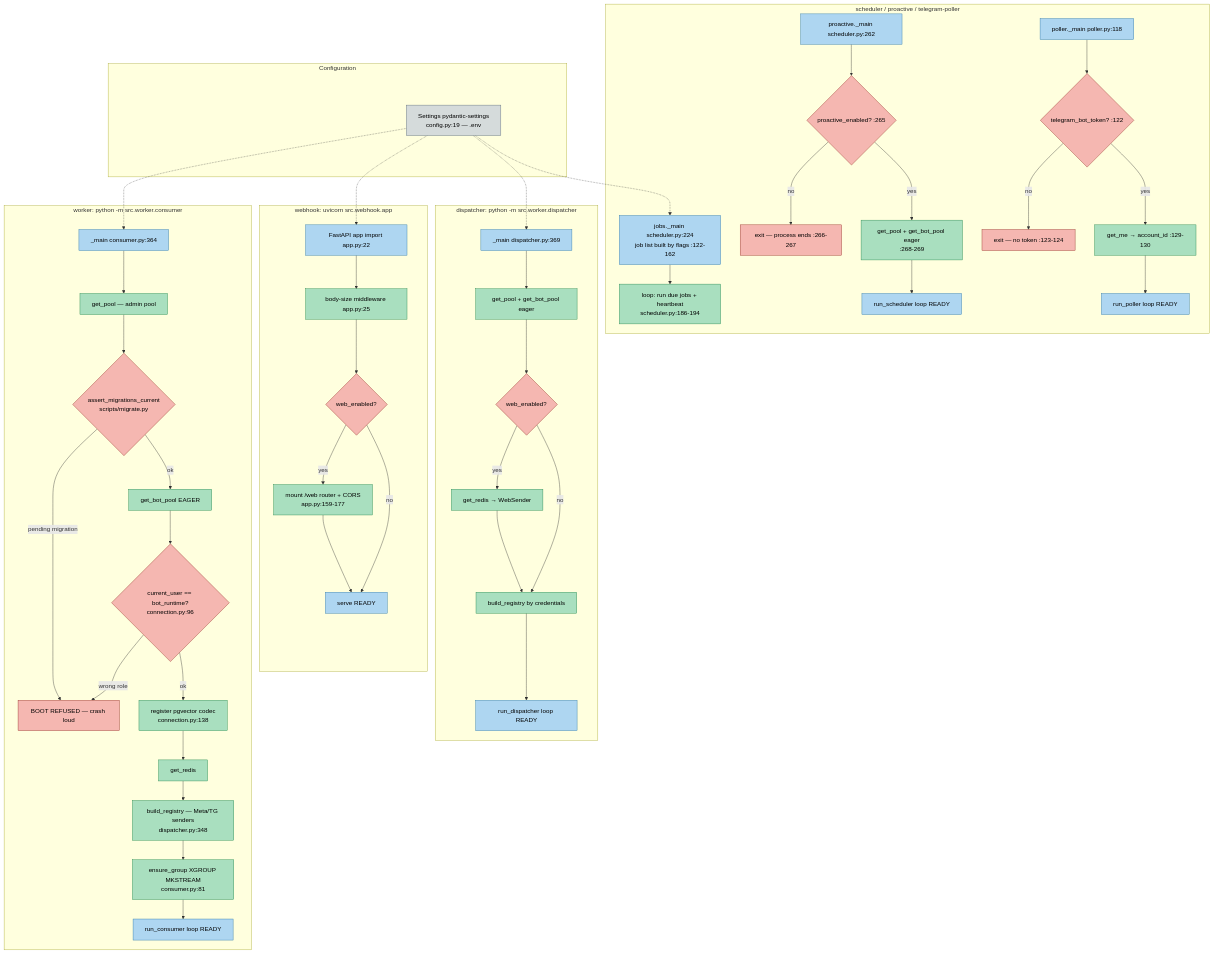
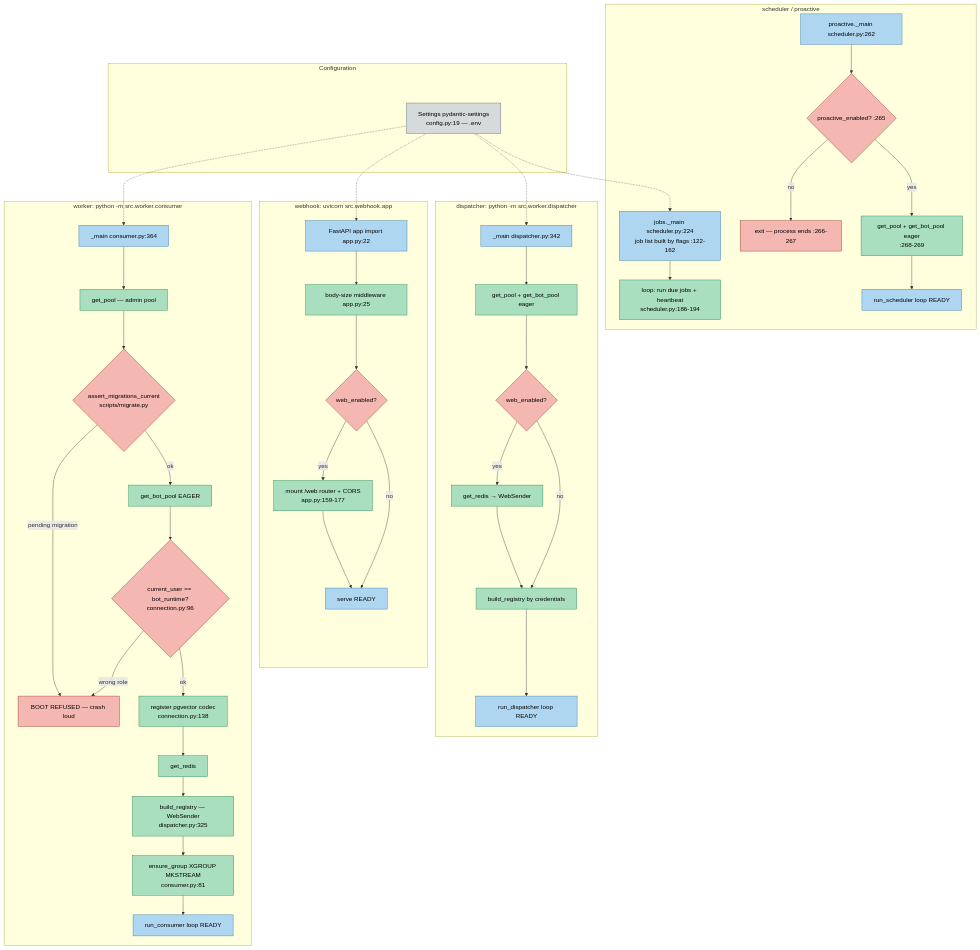
Before and after one commit to AdiBoaru/Sales-Ass: the second of 19 diagrams in docs/ARCHITECTURE-WORKFLOWS.md, drawn with Mermaid. The commit also changed other lines of this file and 133 other files, not shown here.

First line of the commit message:
NX-289: WhatsApp si Telegram ies din proiect (cod + schema) (#362)

````diff
--- a/docs/ARCHITECTURE-WORKFLOWS.md
+++ b/docs/ARCHITECTURE-WORKFLOWS.md
@@ -197,81 +180,73 @@
 ```mermaid
 flowchart TD
   classDef proc fill:#aed6f1,stroke:#2874a6,color:#000
   classDef step fill:#a9dfbf,stroke:#1e8449,color:#000
   classDef gate fill:#f5b7b1,stroke:#922b21,color:#000
   classDef db fill:#d5dbdb,stroke:#566573,color:#000
 
   subgraph WorkerBoot["worker: python -m src.worker.consumer"]
     W0["_main consumer.py:364"]:::proc
     W1["get_pool — admin pool"]:::step
     W2{"assert_migrations_current<br/>scripts/migrate.py"}:::gate
     W3["get_bot_pool EAGER"]:::step
     W4{"current_user == bot_runtime?<br/>connection.py:96"}:::gate
     W5["register pgvector codec<br/>connection.py:138"]:::step
     W6["get_redis"]:::step
-    W7["build_registry — Meta/TG senders<br/>dispatcher.py:348"]:::step
+    W7["build_registry — WebSender<br/>dispatcher.py:325"]:::step
     W8["ensure_group XGROUP MKSTREAM<br/>consumer.py:81"]:::step
     W9["run_consumer loop READY"]:::proc
     WFAIL["BOOT REFUSED — crash loud"]:::gate
   end
 
   subgraph WebhookBoot["webhook: uvicorn src.webhook.app"]
     A0["FastAPI app import app.py:22"]:::proc
     A1["body-size middleware app.py:25"]:::step
     A2{"web_enabled?"}:::gate
     A3["mount /web router + CORS<br/>app.py:159-177"]:::step
     A4["serve READY"]:::proc
   end
 
   subgraph DispatcherBoot["dispatcher: python -m src.worker.dispatcher"]
-    D0["_main dispatcher.py:369"]:::proc
+    D0["_main dispatcher.py:342"]:::proc
     D1["get_pool + get_bot_pool eager"]:::step
     D2{"web_enabled?"}:::gate
     D3["get_redis → WebSender"]:::step
     D4["build_registry by credentials"]:::step
     D5["run_dispatcher loop READY"]:::proc
   end
 
-  subgraph OtherBoot["scheduler / proactive / telegram-poller"]
+  subgraph OtherBoot["scheduler / proactive"]
     J0["jobs._main scheduler.py:224<br/>job list built by flags :122-162"]:::proc
     J1["loop: run due jobs + heartbeat<br/>scheduler.py:186-194"]:::step
     P0["proactive._main scheduler.py:262"]:::proc
     P1{"proactive_enabled? :265"}:::gate
     P2["get_pool + get_bot_pool eager<br/>:268-269"]:::step
     P3["run_scheduler loop READY"]:::proc
     PX["exit — process ends :266-267"]:::gate
-    T0["poller._main poller.py:118"]:::proc
-    T1{"telegram_bot_token? :122"}:::gate
-    T2["get_me → account_id :129-130"]:::step
-    T3["run_poller loop READY"]:::proc
-    TX2["exit — no token :123-124"]:::gate
   end
 
   subgraph Config["Configuration"]
     CFG["Settings pydantic-settings<br/>config.py:19 — .env"]:::db
   end
 
   CFG -.-> W0
   CFG -.-> A0
   CFG -.-> D0
   CFG -.-> J0
   J0 --> J1
   P0 --> P1
   P1 -- no --> PX
   P1 -- yes --> P2 --> P3
-  T0 --> T1
-  T1 -- no --> TX2
-  T1 -- yes --> T2 --> T3
   W0 --> W1 --> W2
   W2 -- "pending migration" --> WFAIL
   W2 -- ok --> W3 --> W4
   W4 -- "wrong role" --> WFAIL
   W4 -- ok --> W5 --> W6 --> W7 --> W8 --> W9
   A0 --> A1 --> A2
   A2 -- yes --> A3 --> A4
   A2 -- no --> A4
   D0 --> D1 --> D2
   D2 -- yes --> D3 --> D4
   D2 -- no --> D4
   D4 --> D5
 ```
````
